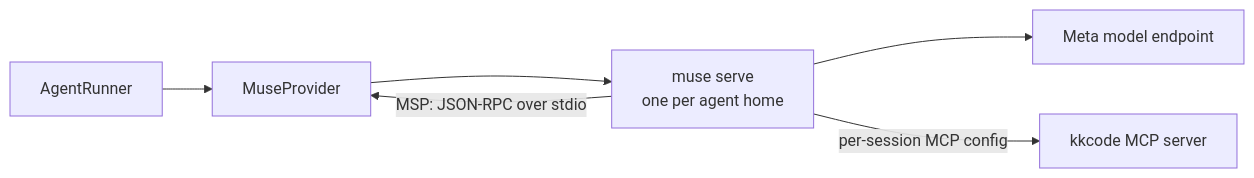
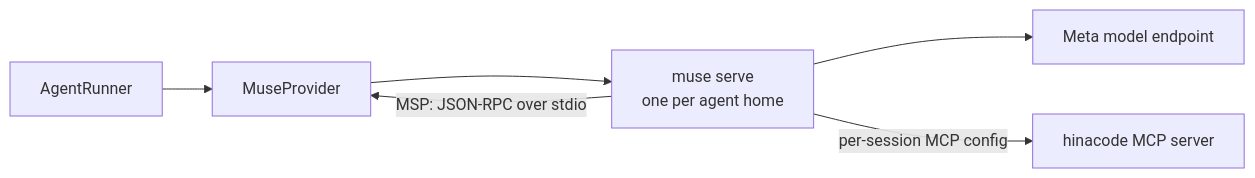
The first of 2 diagrams in docs/muse-integration-guide.md (hinadev-ai/hinacode), drawn with Mermaid before and after one commit. The commit also changed other lines of this file and 238 other files, not shown here.

````diff
--- a/docs/muse-integration-guide.md
+++ b/docs/muse-integration-guide.md
@@ -19,8 +19,8 @@
 ```mermaid
 flowchart LR
   runner[AgentRunner] --> provider[MuseProvider]
   provider --> host["muse serve<br/>one per agent home"]
   host -- "MSP: JSON-RPC over stdio" --> provider
   host --> meta[Meta model endpoint]
-  host -- "per-session MCP config" --> mcp[kkcode MCP server]
+  host -- "per-session MCP config" --> mcp[hinacode MCP server]
 ```
````
